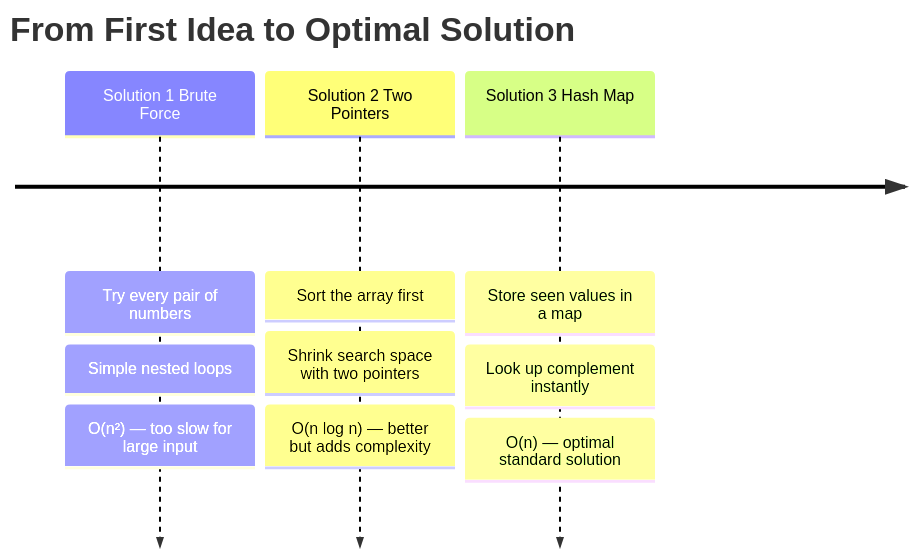
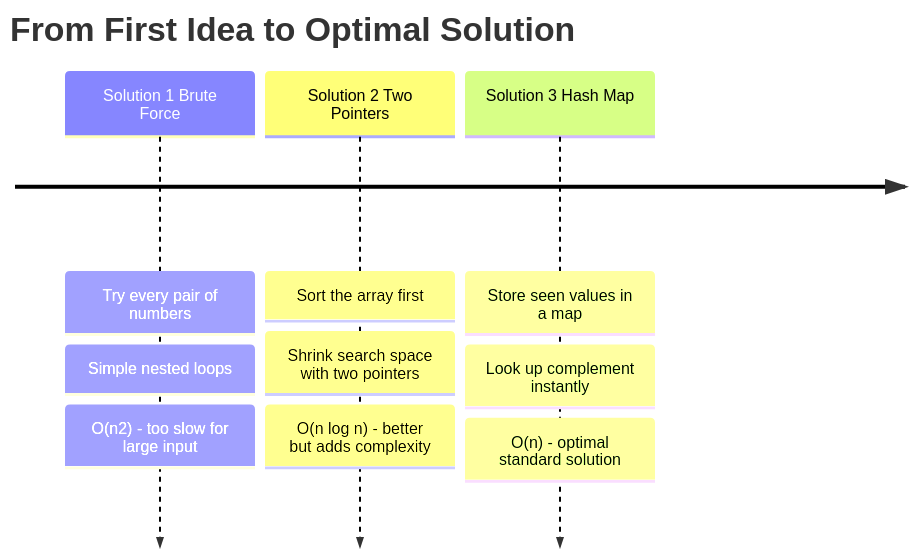
Before and after one commit to M-F-Tushar/LeetCode-Problem-Solving: the fourth of 12 diagrams in 01 - Two Sum/README.md, drawn with Mermaid. The commit also changed other lines of this file and 6 other files, not shown here.

Commit message:
fix diagram rendering

````diff
--- a/01 - Two Sum/README.md
+++ b/01 - Two Sum/README.md
@@ -101,19 +101,19 @@
 ```mermaid
 timeline
     title From First Idea to Optimal Solution
 
     Solution 1 Brute Force
         : Try every pair of numbers
         : Simple nested loops
-        : O(n²) — too slow for large input
+        : O(n2)  -  too slow for large input
 
     Solution 2 Two Pointers
         : Sort the array first
         : Shrink search space with two pointers
-        : O(n log n) — better but adds complexity
+        : O(n log n)  -  better but adds complexity
 
     Solution 3 Hash Map
         : Store seen values in a map
         : Look up complement instantly
-        : O(n) — optimal standard solution
+        : O(n)  -  optimal standard solution
 ```
````
